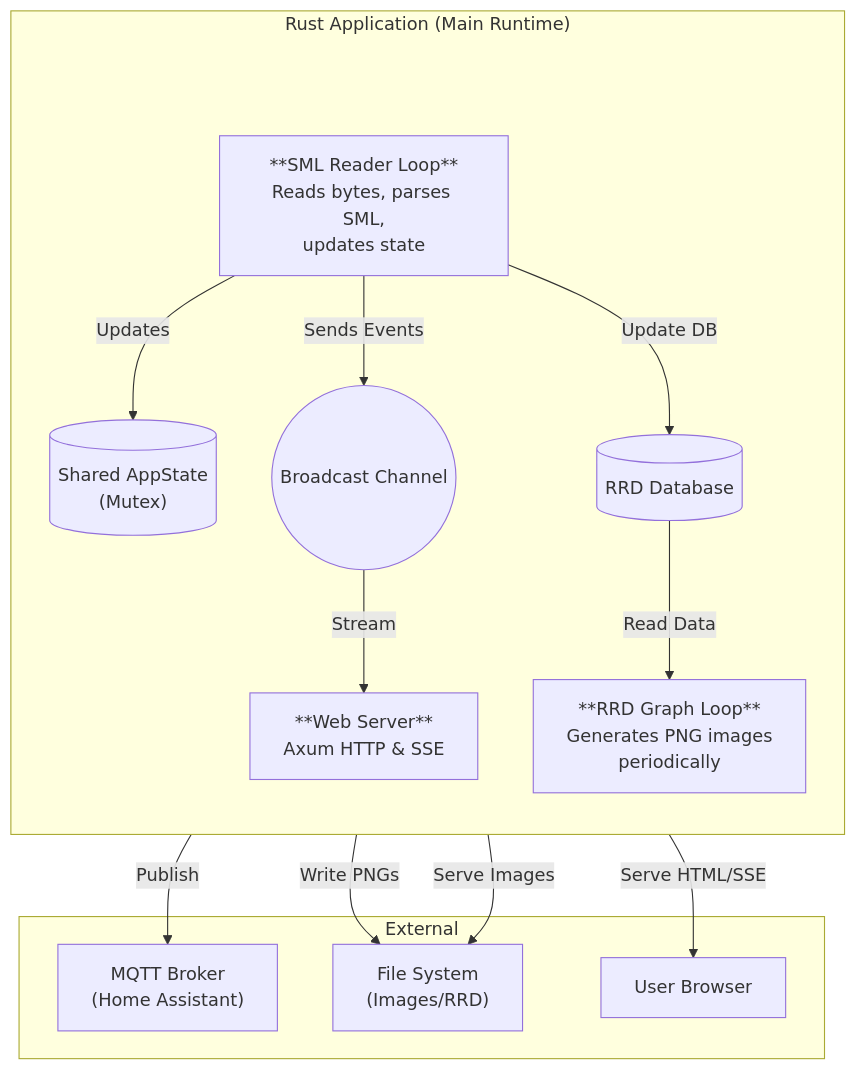
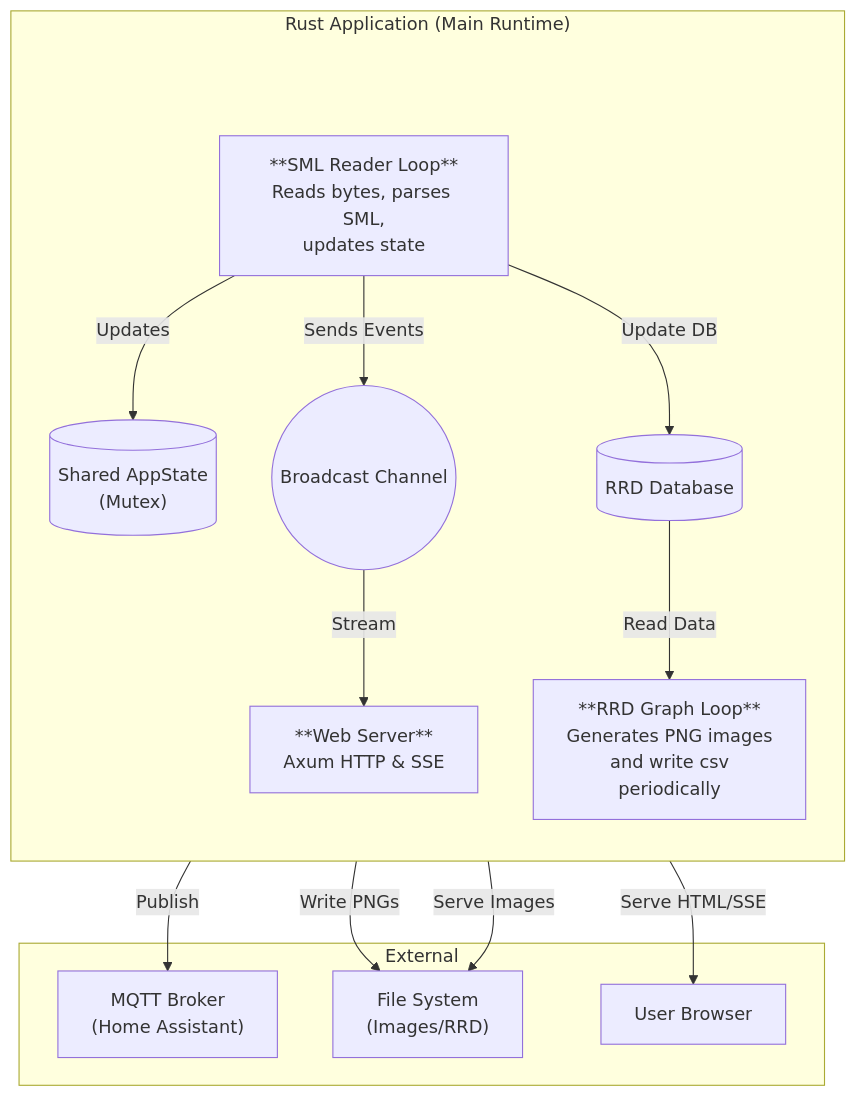
Before and after one commit to josef109/sml_rust: the second of 2 diagrams in README.md, drawn with Mermaid. The commit also changed other lines of this file and 9 other files, not shown here.

````diff
--- a/README.md
+++ b/README.md
@@ -30,38 +30,38 @@
 ```mermaid
 graph TD
     subgraph "Rust Application (Main Runtime)"
         direction TB
         
         Space[ ]:::empty
         Space ~~~ SerialLoop
 
         SerialLoop["**SML Reader Loop**<br>Reads bytes, parses SML,<br>updates state"]
         
-        GraphLoop["**RRD Graph Loop**<br>Generates PNG images<br>periodically"]
+        GraphLoop["**RRD Graph Loop**<br>Generates PNG images<br>and write csv<br>periodically"]
         
         WebLoop["**Web Server**<br>Axum HTTP & SSE"]
         
         SharedState[("Shared AppState<br>(Mutex)")]
         
         Broadcaster((Broadcast Channel))
         
         SerialLoop -->|Updates| SharedState
         SerialLoop -->|Sends Events| Broadcaster
         Broadcaster -->|Stream| WebLoop
         SerialLoop -->|Update DB| RRD_DB[("RRD Database")]
         RRD_DB -->|Read Data| GraphLoop
     end
 
     subgraph External
         MQTT["MQTT Broker<br>(Home Assistant)"]
         FS["File System<br>(Images/RRD)"]
         Browser[User Browser]
     end
 
     SerialLoop -->|Publish| MQTT
     GraphLoop -->|Write PNGs| FS
     WebLoop -->|Serve HTML/SSE| Browser
     WebLoop -->|Serve Images| FS
     classDef empty width:0px,height:0px,stroke:none,fill:none;
 
 ```
````
